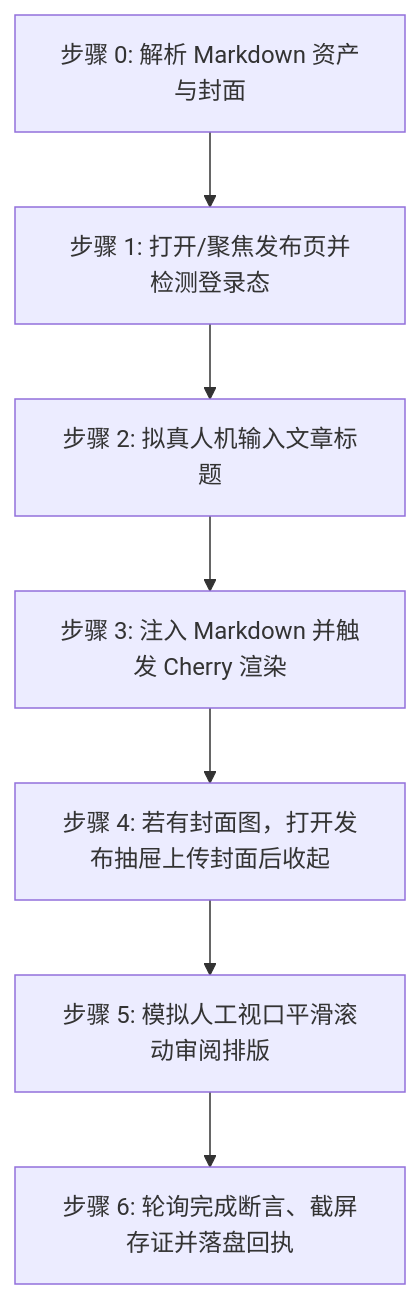
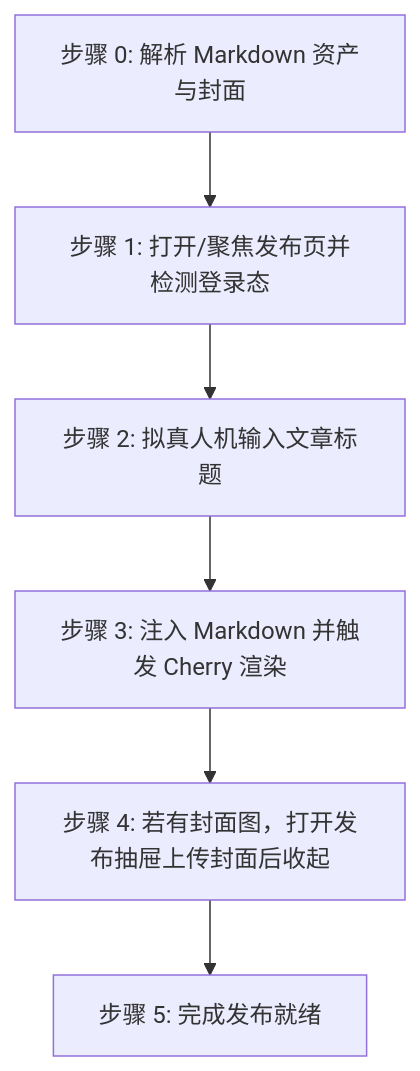
The diagram in skills/doudou-tencent/SKILL.md (undsky/doudou-publish-skills), drawn with Mermaid before and after one commit. The commit also changed other lines of this file and 57 other files, not shown here.

````diff
--- a/skills/doudou-tencent/SKILL.md
+++ b/skills/doudou-tencent/SKILL.md
@@ -127,9 +12,8 @@
 ```mermaid
 flowchart TD
     S0[步骤 0: 解析 Markdown 资产与封面] --> S1[步骤 1: 打开/聚焦发布页并检测登录态]
     S1 --> S2[步骤 2: 拟真人机输入文章标题]
     S2 --> S3[步骤 3: 注入 Markdown 并触发 Cherry 渲染]
     S3 --> S4[步骤 4: 若有封面图，打开发布抽屉上传封面后收起]
-    S4 --> S5[步骤 5: 模拟人工视口平滑滚动审阅排版]
-    S5 --> S6[步骤 6: 轮询完成断言、截屏存证并落盘回执]
+    S4 --> S5[步骤 5: 完成发布就绪]
 ```
````
